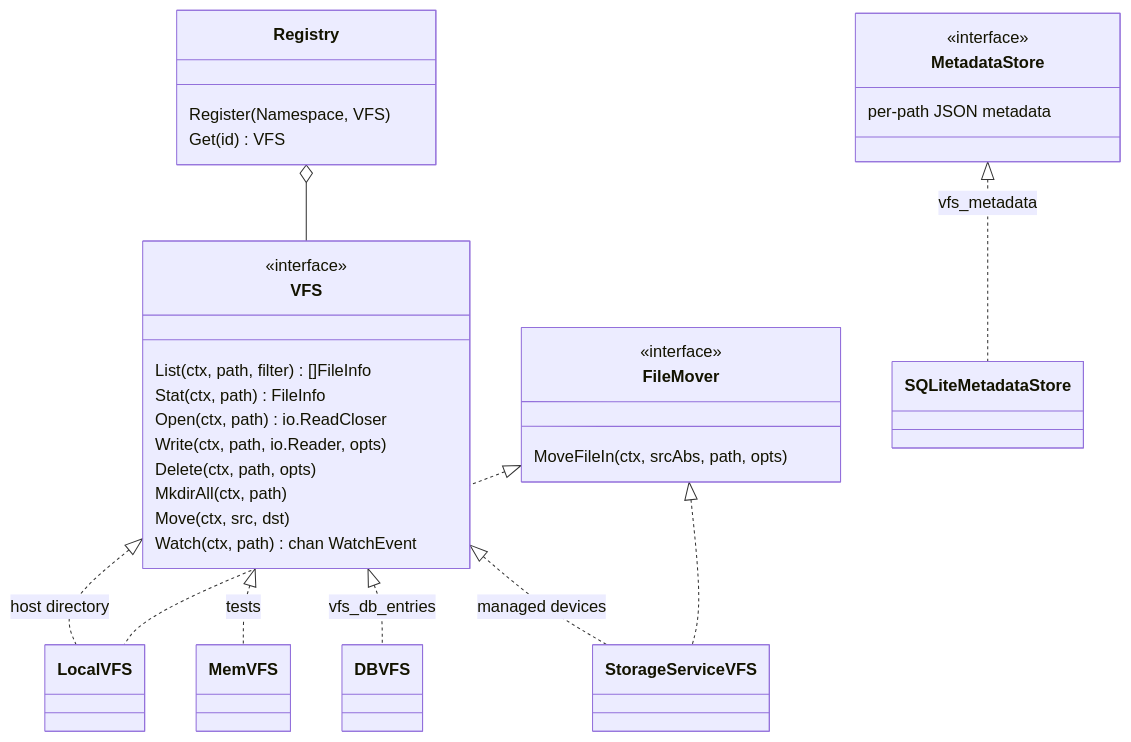
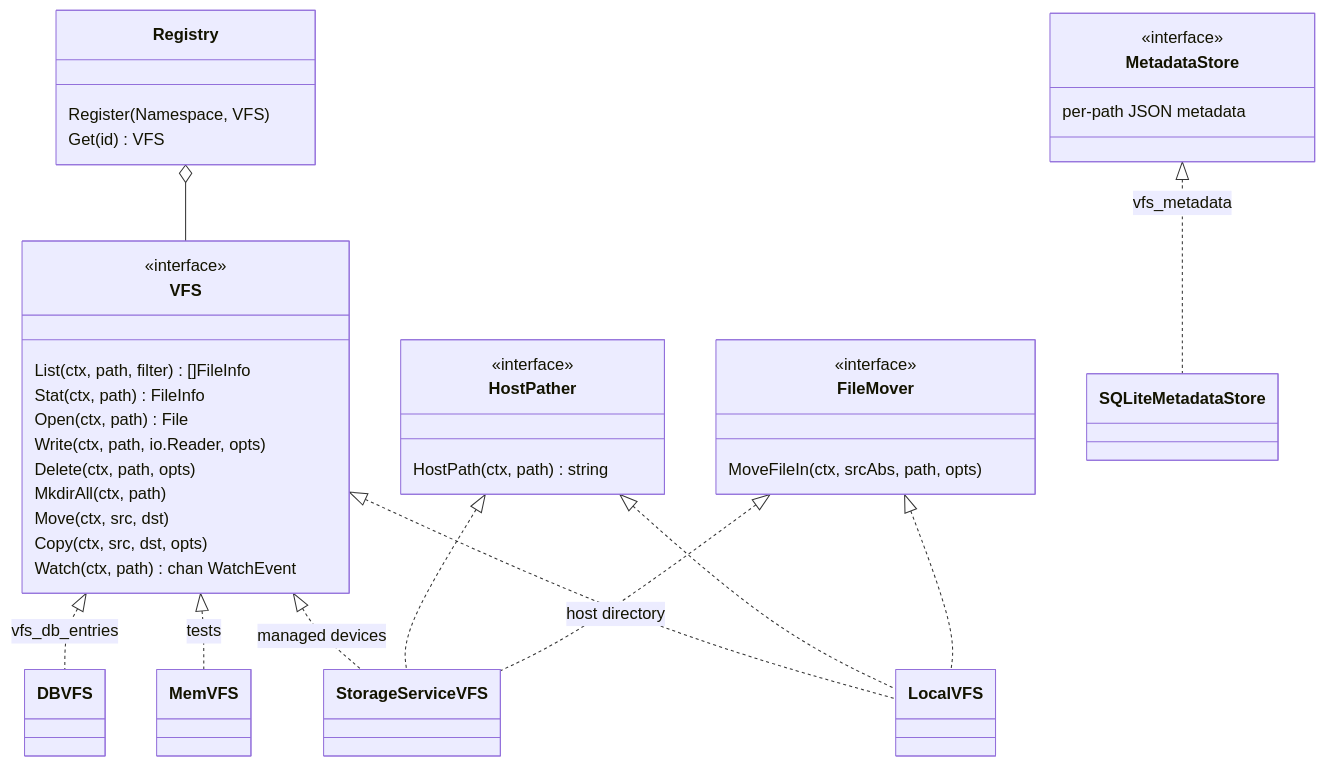
One commit to autobutler-org/quark changed the fourth of 4 diagrams in docs/architecture/data.md. Above: the diagram before and after it, drawn with Mermaid. The commit also changed other lines of this file and 1 other file, not shown here.

First line of the commit message:
docs: describe the vfs contract every implementation keeps

````diff
--- a/docs/architecture/data.md
+++ b/docs/architecture/data.md
@@ -118,34 +118,41 @@
 ```mermaid
 classDiagram
     class VFS {
         <<interface>>
         List(ctx, path, filter) []FileInfo
         Stat(ctx, path) FileInfo
-        Open(ctx, path) io.ReadCloser
+        Open(ctx, path) File
         Write(ctx, path, io.Reader, opts)
         Delete(ctx, path, opts)
         MkdirAll(ctx, path)
         Move(ctx, src, dst)
+        Copy(ctx, src, dst, opts)
         Watch(ctx, path) chan WatchEvent
+    }
+    class HostPather {
+        <<interface>>
+        HostPath(ctx, path) string
     }
     class FileMover {
         <<interface>>
         MoveFileIn(ctx, srcAbs, path, opts)
     }
     class Registry {
         Register(Namespace, VFS)
         Get(id) VFS
     }
     class MetadataStore {
         <<interface>>
         per-path JSON metadata
     }
     VFS <|.. LocalVFS : host directory
     VFS <|.. MemVFS : tests
     VFS <|.. DBVFS : vfs_db_entries
     VFS <|.. StorageServiceVFS : managed devices
+    HostPather <|.. LocalVFS
+    HostPather <|.. StorageServiceVFS
     FileMover <|.. LocalVFS
     FileMover <|.. StorageServiceVFS
     Registry o-- VFS
     MetadataStore <|.. SQLiteMetadataStore : vfs_metadata
 ```
````
